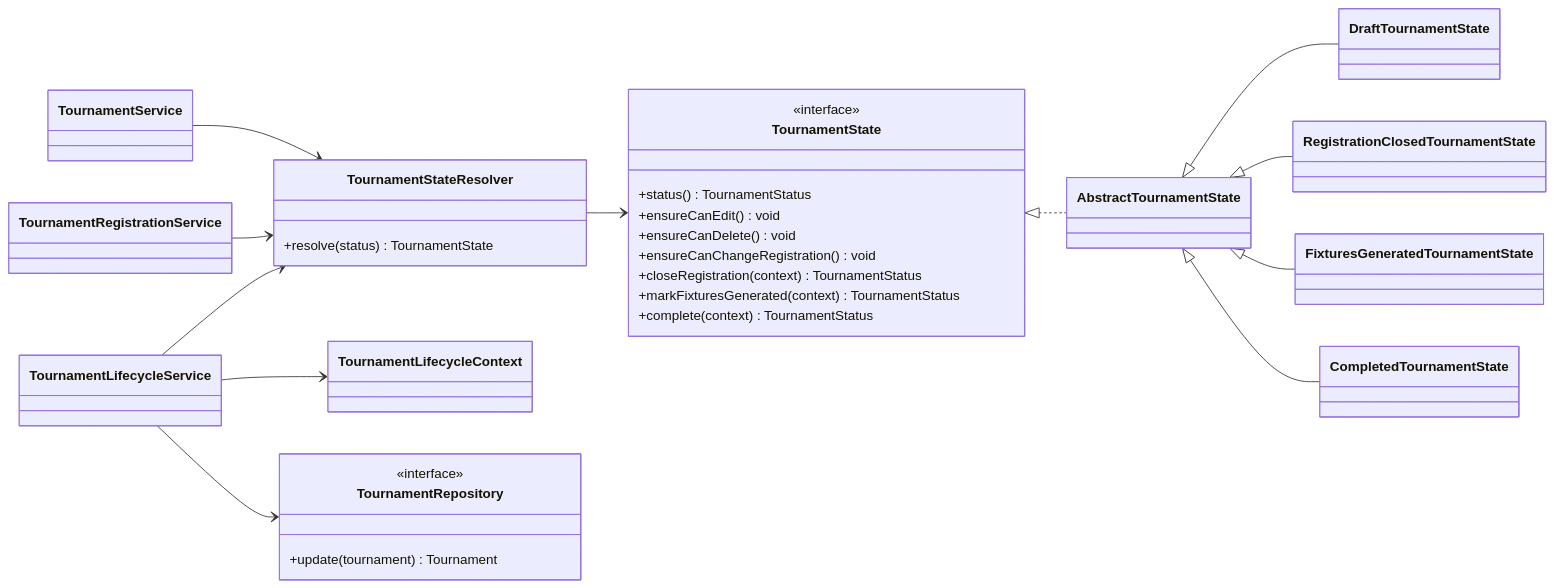
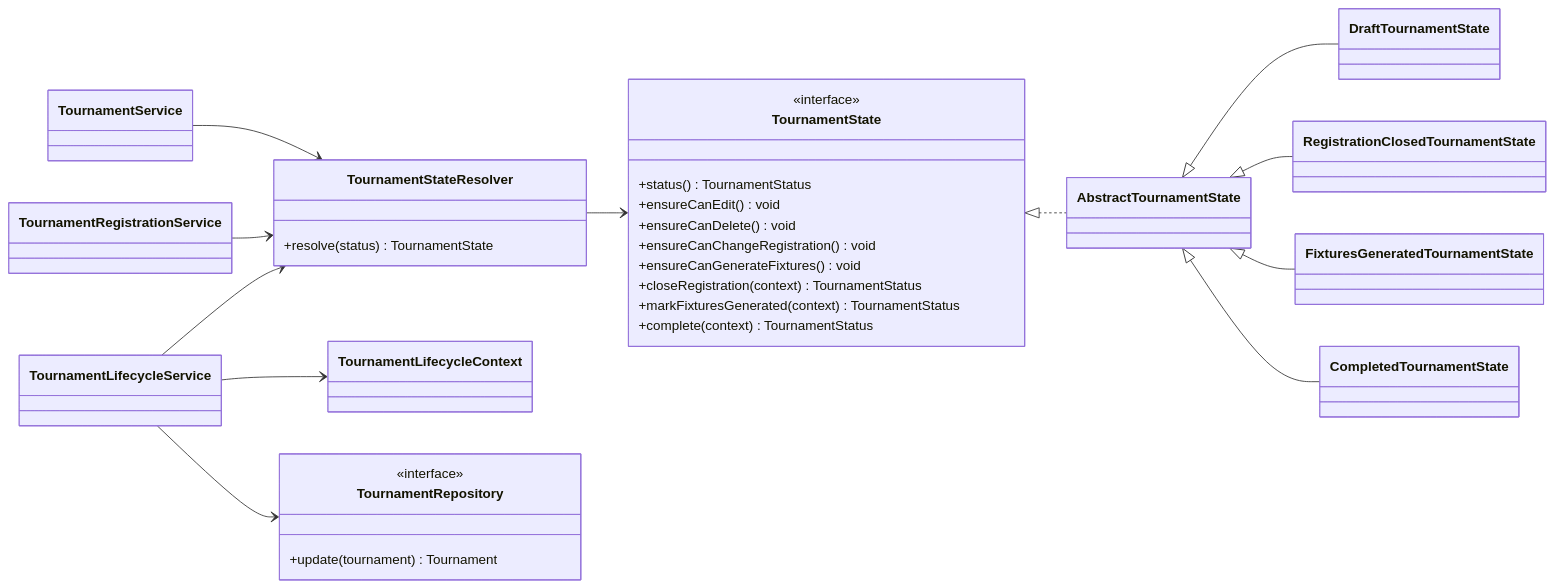
The first of 2 diagrams in docs/architecture/design-patterns.md (Oz-er/Kickoff), drawn with Mermaid before and after one commit. The commit also changed other lines of this file and 27 other files, not shown here.

````diff
--- a/docs/architecture/design-patterns.md
+++ b/docs/architecture/design-patterns.md
@@ -15,44 +15,45 @@
 ```mermaid
 classDiagram
     direction LR
 
     class TournamentState {
         <<interface>>
         +status() TournamentStatus
         +ensureCanEdit() void
         +ensureCanDelete() void
         +ensureCanChangeRegistration() void
+        +ensureCanGenerateFixtures() void
         +closeRegistration(context) TournamentStatus
         +markFixturesGenerated(context) TournamentStatus
         +complete(context) TournamentStatus
     }
 
     class AbstractTournamentState
     class DraftTournamentState
     class RegistrationClosedTournamentState
     class FixturesGeneratedTournamentState
     class CompletedTournamentState
     class TournamentStateResolver {
         +resolve(status) TournamentState
     }
     class TournamentLifecycleContext
     class TournamentLifecycleService
     class TournamentService
     class TournamentRegistrationService
     class TournamentRepository {
         <<interface>>
         +update(tournament) Tournament
     }
 
     TournamentState <|.. AbstractTournamentState
     AbstractTournamentState <|-- DraftTournamentState
     AbstractTournamentState <|-- RegistrationClosedTournamentState
     AbstractTournamentState <|-- FixturesGeneratedTournamentState
     AbstractTournamentState <|-- CompletedTournamentState
     TournamentStateResolver --> TournamentState
     TournamentLifecycleService --> TournamentStateResolver
     TournamentLifecycleService --> TournamentLifecycleContext
     TournamentLifecycleService --> TournamentRepository
     TournamentService --> TournamentStateResolver
     TournamentRegistrationService --> TournamentStateResolver
 ```
````
